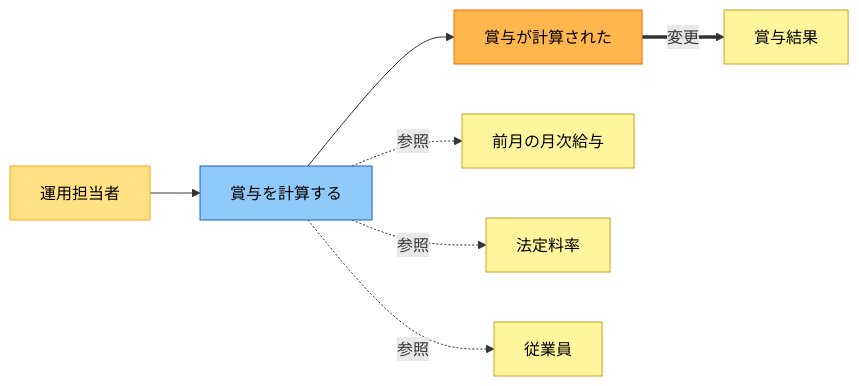
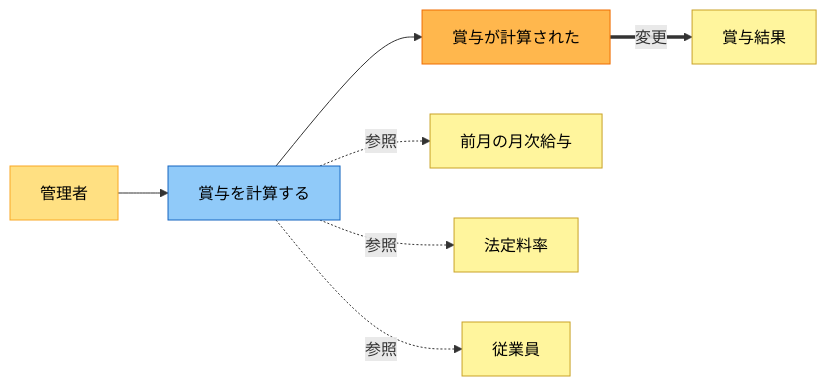
Before and after one commit to junichi1225-lang/Payroll-Admin: the seventh of 11 diagrams in rdra/analysis.md, drawn with Mermaid. The commit also changed other lines of this file and 1 other file, not shown here.

````diff
--- a/rdra/analysis.md
+++ b/rdra/analysis.md
@@ -387,22 +431,22 @@
 ```mermaid
 flowchart LR
-  payroll["運用担当者"]:::actor
+  payroll["管理者"]:::actor
   cmd["賞与を計算する"]:::command
   evt["賞与が計算された"]:::event
   bonus["賞与結果"]:::entity
   prev["前月の月次給与"]:::entity
   rate["法定料率"]:::entity
   emp["従業員"]:::entity
 
   payroll --> cmd --> evt
   cmd -.参照.-> prev
   cmd -.参照.-> rate
   cmd -.参照.-> emp
   evt ==変更==> bonus
 
   classDef actor fill:#FFE082,stroke:#F9A825,color:#000
   classDef command fill:#90CAF9,stroke:#1565C0,color:#000
   classDef event fill:#FFB74D,stroke:#EF6C00,color:#000
   classDef entity fill:#FFF59D,stroke:#C9A227,color:#000
   classDef external fill:#C8E6C9,stroke:#2E7D32,color:#000
 ```
````
